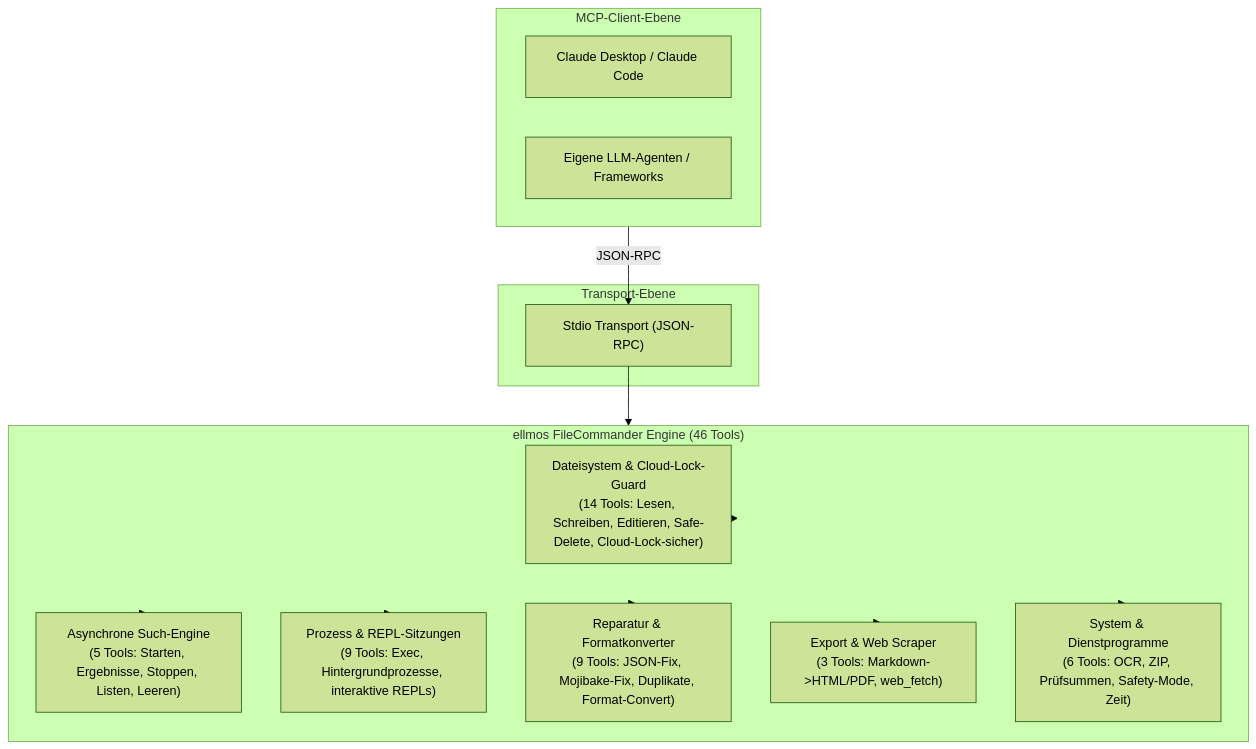
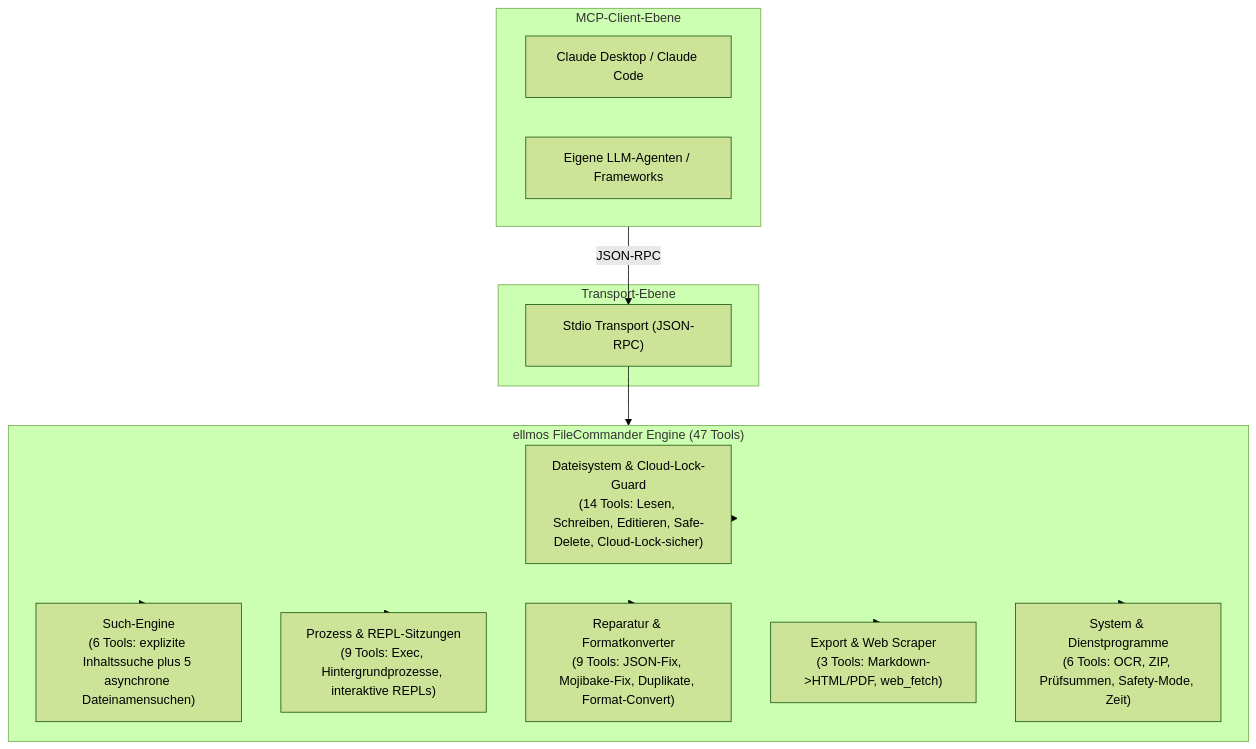
The diagram in README_de.md (ellmos-ai/ellmos-filecommander-mcp), drawn with Mermaid (forest theme) before and after one commit. The commit also changed other lines of this file and 19 other files, not shown here.

````diff
--- a/README_de.md
+++ b/README_de.md
@@ -53,29 +54,29 @@
 ```mermaid
 flowchart TD
     subgraph Client["MCP-Client-Ebene"]
         Claude["Claude Desktop / Claude Code"]
         Custom["Eigene LLM-Agenten / Frameworks"]
     end
 
     subgraph Transport["Transport-Ebene"]
         Stdio["Stdio Transport (JSON-RPC)"]
     end
 
-    subgraph Core["ellmos FileCommander Engine (46 Tools)"]
+    subgraph Core["ellmos FileCommander Engine (47 Tools)"]
         FS["Dateisystem & Cloud-Lock-Guard\n(14 Tools: Lesen, Schreiben, Editieren, Safe-Delete, Cloud-Lock-sicher)"]
-        Search["Asynchrone Such-Engine\n(5 Tools: Starten, Ergebnisse, Stoppen, Listen, Leeren)"]
+        Search["Such-Engine\n(6 Tools: explizite Inhaltssuche plus 5 asynchrone Dateinamensuchen)"]
         Proc["Prozess & REPL-Sitzungen\n(9 Tools: Exec, Hintergrundprozesse, interaktive REPLs)"]
         Repair["Reparatur & Formatkonverter\n(9 Tools: JSON-Fix, Mojibake-Fix, Duplikate, Format-Convert)"]
         Export["Export & Web Scraper\n(3 Tools: Markdown->HTML/PDF, web_fetch)"]
         Sys["System & Dienstprogramme\n(6 Tools: OCR, ZIP, Prüfsummen, Safety-Mode, Zeit)"]
     end
 
     Client -->|JSON-RPC| Stdio
     Stdio --> Core
     Core --> FS
     Core --> Search
     Core --> Proc
     Core --> Repair
     Core --> Export
     Core --> Sys
 ```
````
